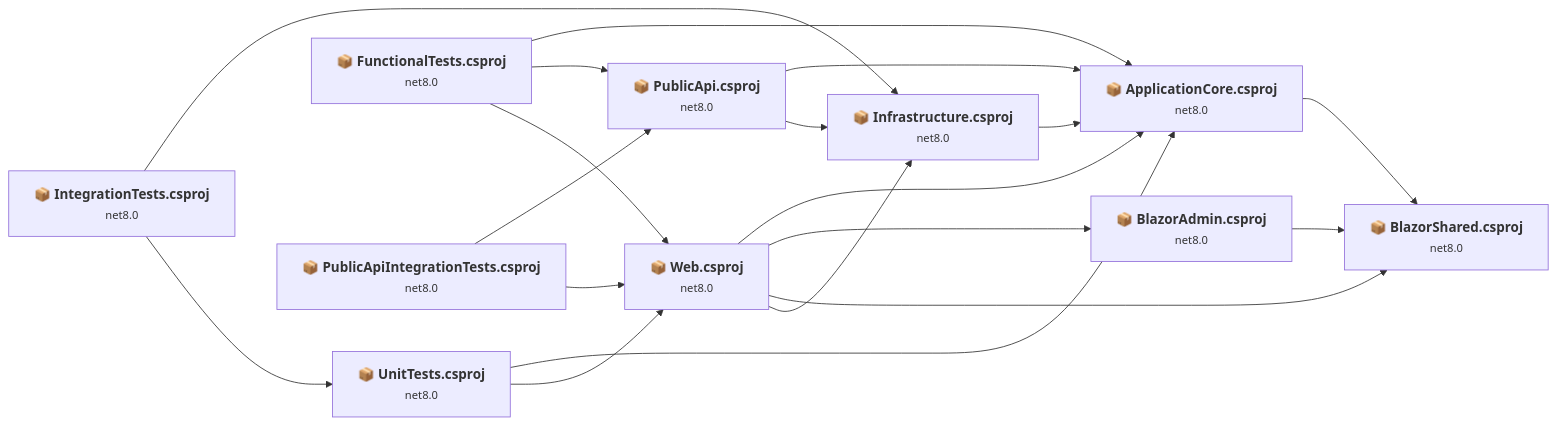
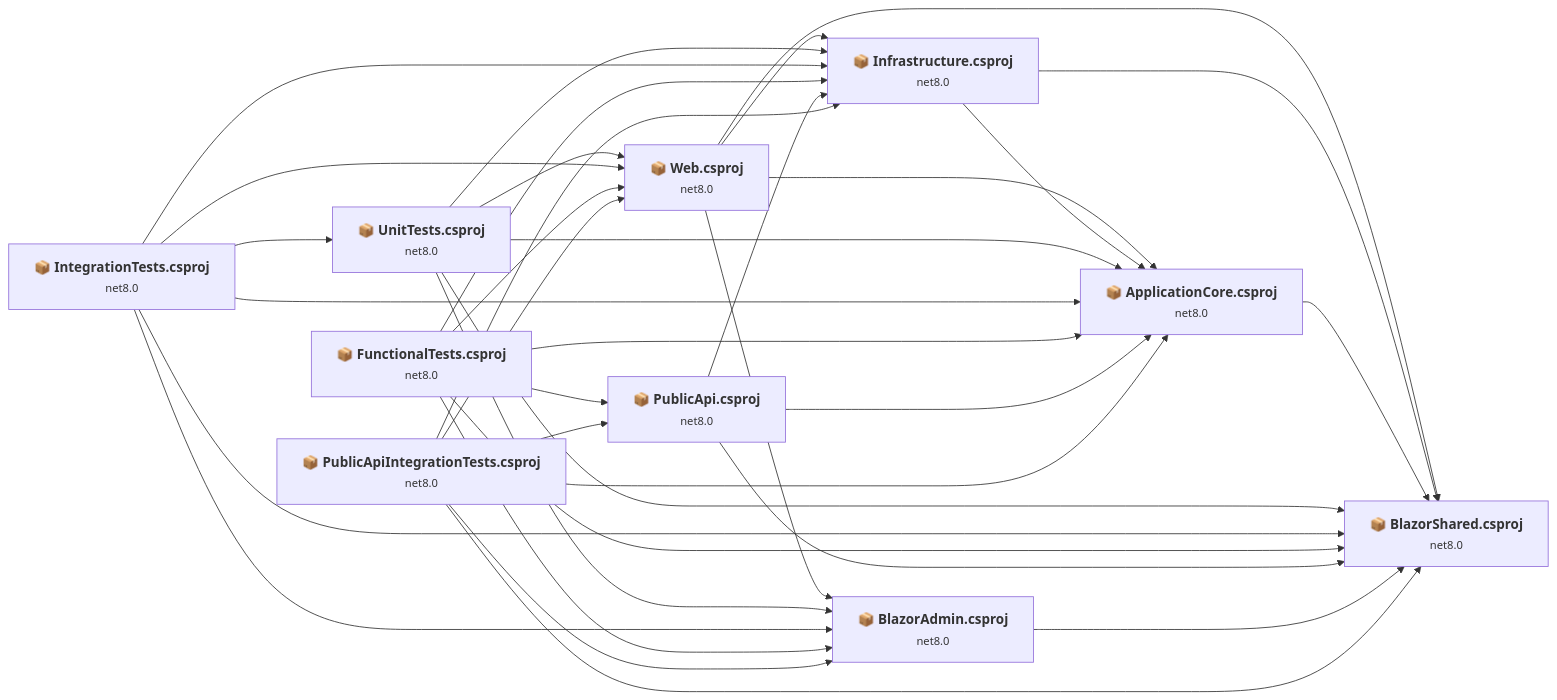
The diagram in .github/upgrades/scenarios/dotnet-version-upgrade/assessment/project-graph.md (kaushganguly/eShopOnWeb), drawn with Mermaid before and after one commit. The commit also changed 20 other files, not shown here.

````diff
--- a/.github/upgrades/scenarios/dotnet-version-upgrade/assessment/project-graph.md
+++ b/.github/upgrades/scenarios/dotnet-version-upgrade/assessment/project-graph.md
@@ -9,42 +9,58 @@
 ```mermaid
 flowchart LR
     P1["<b>📦&nbsp;Web.csproj</b><br/><small>net8.0</small>"]
     P2["<b>📦&nbsp;Infrastructure.csproj</b><br/><small>net8.0</small>"]
     P3["<b>📦&nbsp;ApplicationCore.csproj</b><br/><small>net8.0</small>"]
     P4["<b>📦&nbsp;UnitTests.csproj</b><br/><small>net8.0</small>"]
     P5["<b>📦&nbsp;IntegrationTests.csproj</b><br/><small>net8.0</small>"]
     P6["<b>📦&nbsp;FunctionalTests.csproj</b><br/><small>net8.0</small>"]
     P7["<b>📦&nbsp;PublicApi.csproj</b><br/><small>net8.0</small>"]
     P8["<b>📦&nbsp;BlazorAdmin.csproj</b><br/><small>net8.0</small>"]
     P9["<b>📦&nbsp;BlazorShared.csproj</b><br/><small>net8.0</small>"]
     P10["<b>📦&nbsp;PublicApiIntegrationTests.csproj</b><br/><small>net8.0</small>"]
     P1 --> P3
     P1 --> P8
     P1 --> P9
     P1 --> P2
     P2 --> P3
+    P2 --> P9
     P3 --> P9
     P4 --> P3
     P4 --> P1
+    P4 --> P8
+    P4 --> P9
+    P4 --> P2
     P5 --> P2
     P5 --> P4
+    P5 --> P3
+    P5 --> P8
+    P5 --> P9
+    P5 --> P1
     P6 --> P3
     P6 --> P7
     P6 --> P1
+    P6 --> P8
+    P6 --> P9
+    P6 --> P2
     P7 --> P3
     P7 --> P2
+    P7 --> P9
     P8 --> P9
     P10 --> P7
     P10 --> P1
+    P10 --> P3
+    P10 --> P8
+    P10 --> P9
+    P10 --> P2
     click P1 "projects/Web.md"
     click P2 "projects/Infrastructure.md"
     click P3 "projects/ApplicationCore.md"
     click P4 "projects/UnitTests.md"
     click P5 "projects/IntegrationTests.md"
     click P6 "projects/FunctionalTests.md"
     click P7 "projects/PublicApi.md"
     click P8 "projects/BlazorAdmin.md"
     click P9 "projects/BlazorShared.md"
     click P10 "projects/PublicApiIntegrationTests.md"
 
 ```
````
